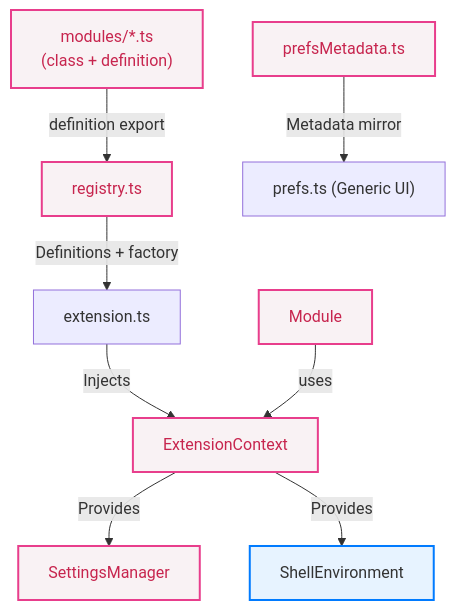
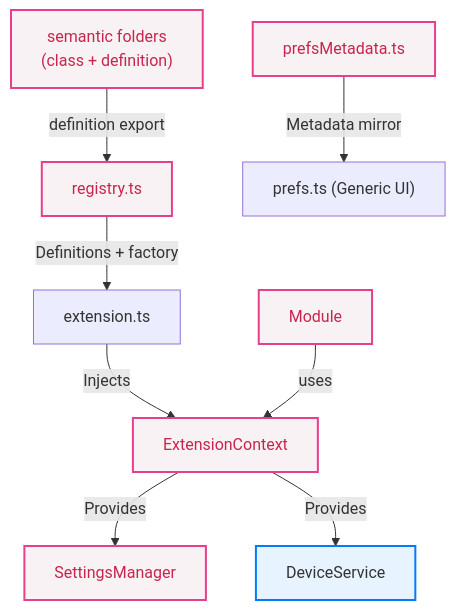
Before and after one commit to luminusOS/aurora-shell: the diagram in CONTRIBUTING.md, drawn with Mermaid. The commit also changed other lines of this file and 98 other files, not shown here.

````diff
--- a/CONTRIBUTING.md
+++ b/CONTRIBUTING.md
@@ -9,15 +9,15 @@
 ```mermaid
 graph TD
     classDef core fill:#f9f2f4,stroke:#e83e8c,stroke-width:2px,color:#c7254e;
     classDef adapter fill:#e7f3ff,stroke:#007bff,stroke-width:2px;
 
     A["extension.ts"] -->|Injects| B["ExtensionContext"]:::core
     B -->|Provides| C["SettingsManager"]:::core
-    B -->|Provides| D["ShellEnvironment"]:::adapter
+    B -->|Provides| D["DeviceService"]:::adapter
 
     E["Module"]:::core -->|uses| B
 
-    M["modules/*.ts<br/>(class + definition)"]:::core -->|definition export| F["registry.ts"]:::core
+    M["semantic folders<br/>(class + definition)"]:::core -->|definition export| F["registry.ts"]:::core
     F -->|Definitions + factory| A
     P["prefsMetadata.ts"]:::core -->|Metadata mirror| G["prefs.ts (Generic UI)"]
 ```
````
